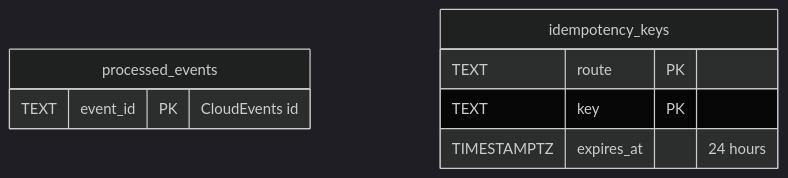
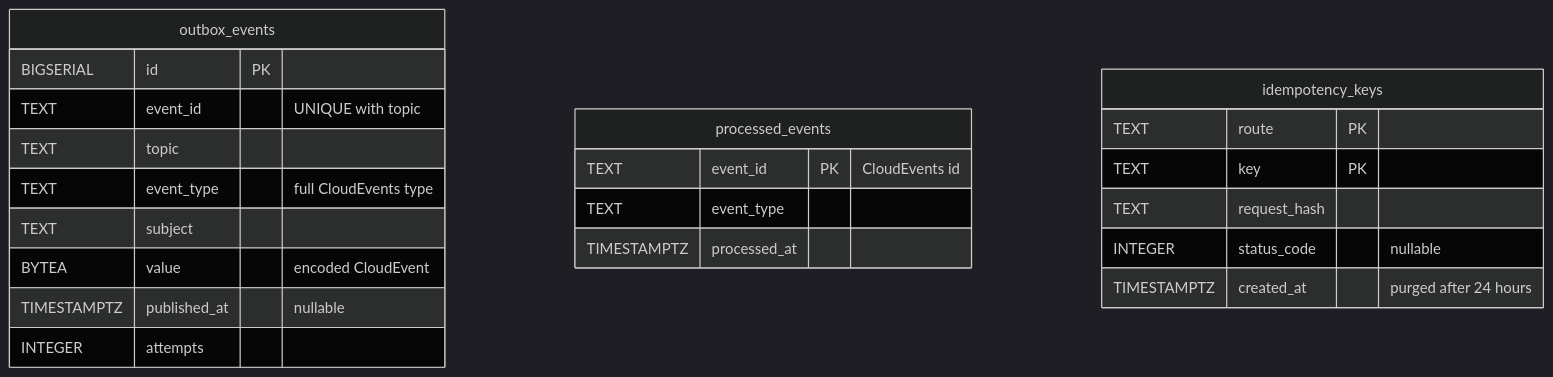
The fifth of 5 diagrams in network/docs/contexts/seller-inbound/entity-relationship.md (IQVO/warehouse-docs), drawn with Mermaid (dark theme) before and after one commit. The commit also changed other lines of this file and 15 other files, not shown here.

````diff
--- a/network/docs/contexts/seller-inbound/entity-relationship.md
+++ b/network/docs/contexts/seller-inbound/entity-relationship.md
@@ -118,11 +129,25 @@
 ```mermaid
 erDiagram
+    outbox_events {
+        BIGSERIAL id PK
+        TEXT event_id "UNIQUE with topic"
+        TEXT topic
+        TEXT event_type "full CloudEvents type"
+        TEXT subject
+        BYTEA value "encoded CloudEvent"
+        TIMESTAMPTZ published_at "nullable"
+        INTEGER attempts
+    }
     processed_events {
         TEXT event_id PK "CloudEvents id"
+        TEXT event_type
+        TIMESTAMPTZ processed_at
     }
     idempotency_keys {
         TEXT route PK
         TEXT key PK
-        TIMESTAMPTZ expires_at "24 hours"
+        TEXT request_hash
+        INTEGER status_code "nullable"
+        TIMESTAMPTZ created_at "purged after 24 hours"
     }
 ```
````
